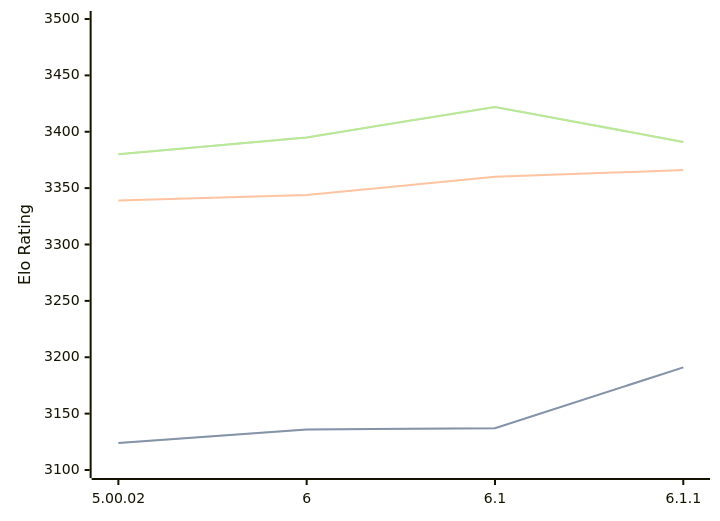
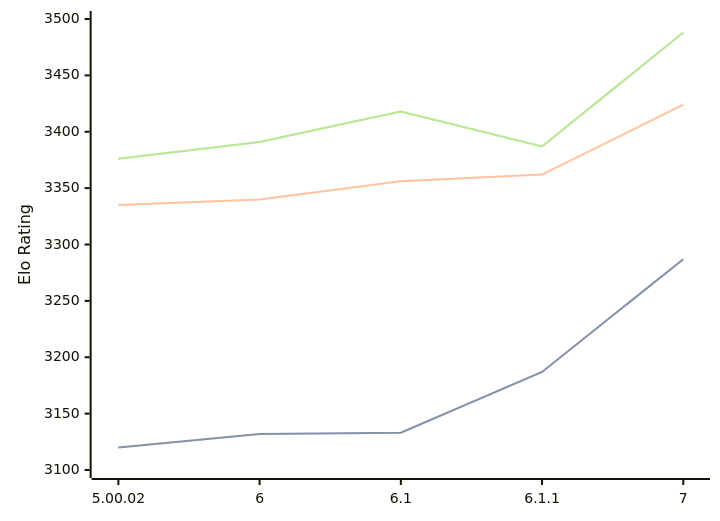
Before and after one commit to computer-chess-index/cci: the first of 3 diagrams in engines/Zangdar.md, drawn with Mermaid. The commit also changed other lines of this file, not shown here.

Commit message:
Update CCI Ratings (ELO VLTC) - 2026-07-16

````diff
--- a/engines/Zangdar.md
+++ b/engines/Zangdar.md
@@ -47,11 +47,11 @@
 ```mermaid
 %%{init: {"theme":"base","themeVariables":{"seriesColors:['#a3a3a3','#222221','#faa371']}}}%%
 xychart-beta
-  x-axis ["5.00.02", "6", "6.1", "6.1.1"]
+  x-axis ["5.00.02", "6", "6.1", "6.1.1", "7"]
   y-axis "Elo Rating" 3100 --> 3500
-  line "STC (8.0+0.08s)" [3124, 3136, 3137, 3191]
-  line "STC (8.0+0.08s)" [3124, 3136, 3137, 3191]
-  line "LTC (60.0+0.60s)" [3339, 3344, 3360, 3366]
-  line "VLTC (2m24s+1.12s)" [3380, 3395, 3422, 3391]
-  line "VLTC (2m24s+1.12s)" [3380, 3395, 3422, 3391]
+  line "STC (8.0+0.08s)" [3120, 3132, 3133, 3187, 3287]
+  line "STC (8.0+0.08s)" [3120, 3132, 3133, 3187, 3287]
+  line "LTC (60.0+0.60s)" [3335, 3340, 3356, 3362, 3424]
+  line "VLTC (2m24s+1.12s)" [3376, 3391, 3418, 3387, 3488]
+  line "VLTC (2m24s+1.12s)" [3376, 3391, 3418, 3387, 3488]
 ```
````
